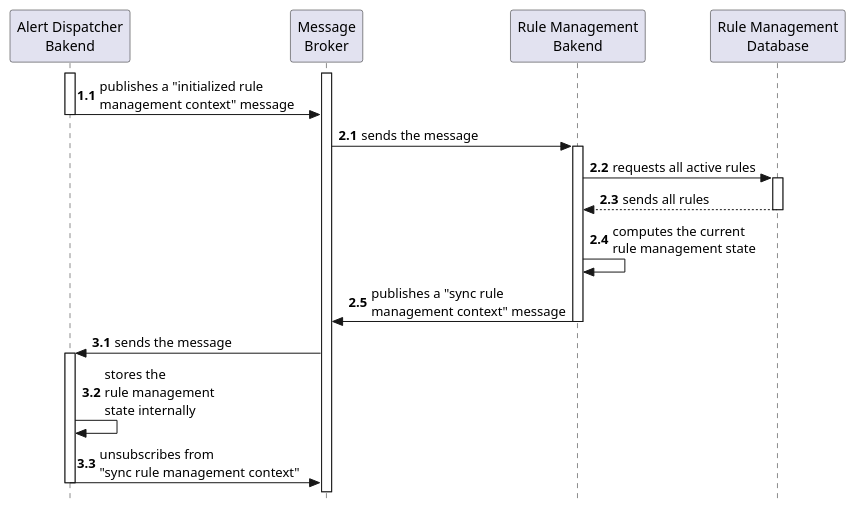
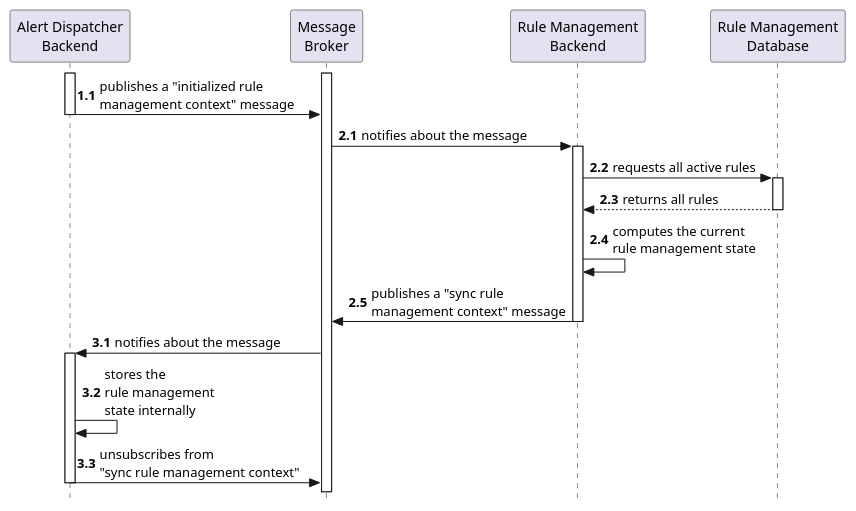
One commit to FilipeMCruz/dissertation changed the diagram in assets/diagrams/design/architectural/level2/process/container-ready.pu. Above: the diagram before and after it, drawn with PlantUML. The commit also changed 296 other files, not shown here.

```diff
--- a/assets/diagrams/design/architectural/level2/process/container-ready.pu
+++ b/assets/diagrams/design/architectural/level2/process/container-ready.pu
@@ -1,34 +1,34 @@
 @startuml container-ready
 
 autonumber 1.1
 
 skinparam style strictuml
 
-participant "Alert Dispatcher\nBakend" as ALERT
+participant "Alert Dispatcher\nBackend" as ALERT
 participant "Message\nBroker" as MB
-participant "Rule Management\nBakend" as RULE
+participant "Rule Management\nBackend" as RULE
 participant "Rule Management\nDatabase" as RULE_DB
 
 activate MB
 
 activate ALERT
 ALERT -> MB : publishes a "initialized rule\nmanagement context" message 
 deactivate ALERT
 autonumber inc A
-MB -> RULE : sends the message
+MB -> RULE : notifies about the message
 activate RULE
 RULE -> RULE_DB : requests all active rules
 activate RULE_DB
-RULE_DB --> RULE : sends all rules
+RULE_DB --> RULE : returns all rules
 deactivate RULE_DB
 RULE -> RULE : computes the current\nrule management state
 RULE -> MB : publishes a "sync rule\nmanagement context" message
 deactivate RULE
 autonumber inc A
-MB -> ALERT : sends the message
+MB -> ALERT : notifies about the message
 activate ALERT
 ALERT -> ALERT : stores the\nrule management\nstate internally
 ALERT -> MB : unsubscribes from\n"sync rule management context"
 deactivate ALERT
 
 @enduml
```
